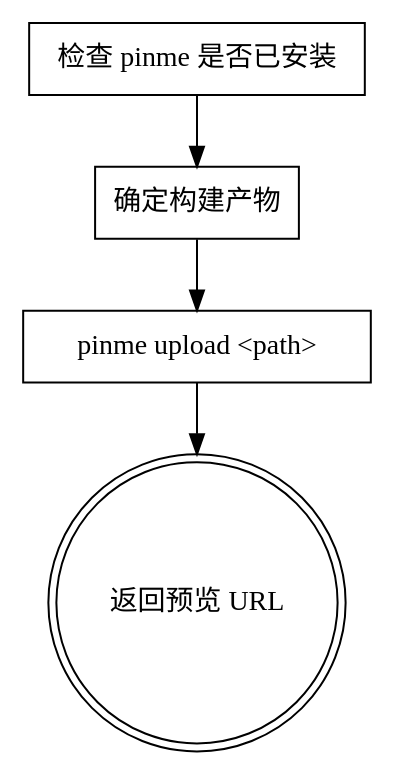
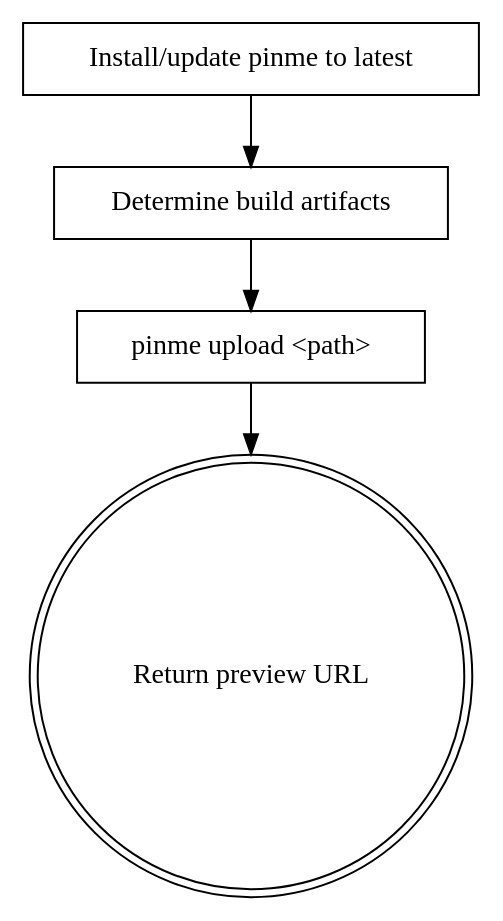
The second of 3 diagrams in skills/pinme/SKILL.md (glitternetwork/pinme), drawn with Graphviz before and after one commit. The commit also changed other lines of this file and 1 other file, not shown here.

````diff
--- a/skills/pinme/SKILL.md
+++ b/skills/pinme/SKILL.md
@@ -29,12 +29,12 @@
 ```dot
 digraph upload_flow {
-    "检查 pinme 是否已安装" [shape=box];
-    "确定构建产物" [shape=box];
+    "Install/update pinme to latest" [shape=box];
+    "Determine build artifacts" [shape=box];
     "pinme upload <path>" [shape=box];
-    "返回预览 URL" [shape=doublecircle];
+    "Return preview URL" [shape=doublecircle];
 
-    "检查 pinme 是否已安装" -> "确定构建产物";
-    "确定构建产物" -> "pinme upload <path>";
-    "pinme upload <path>" -> "返回预览 URL";
+    "Install/update pinme to latest" -> "Determine build artifacts";
+    "Determine build artifacts" -> "pinme upload <path>";
+    "pinme upload <path>" -> "Return preview URL";
 }
 ```
````
